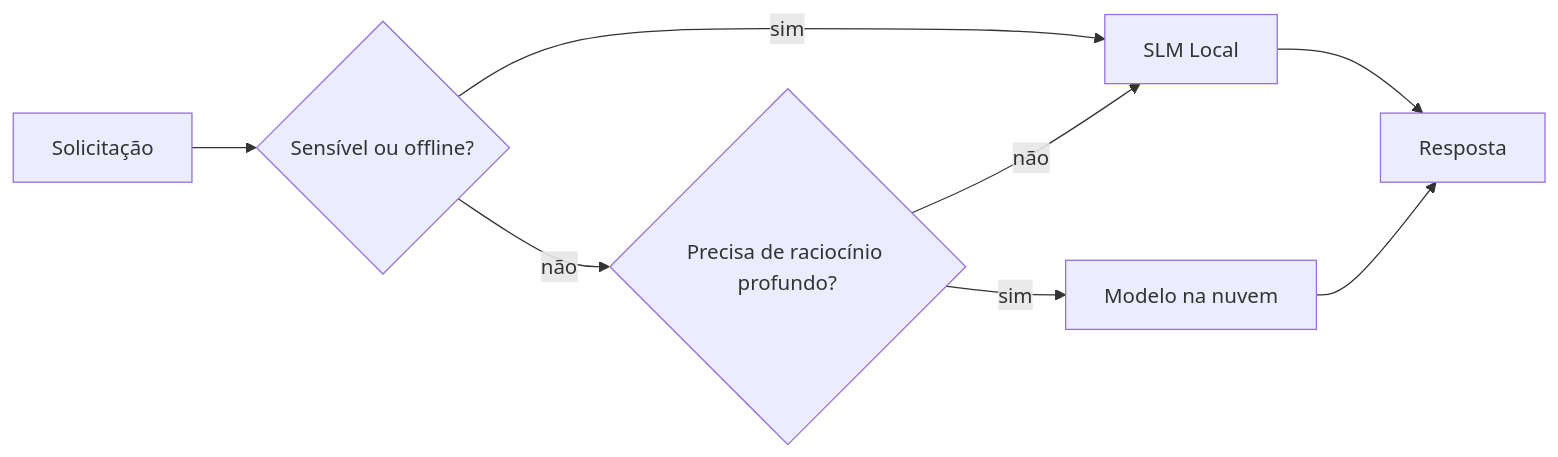
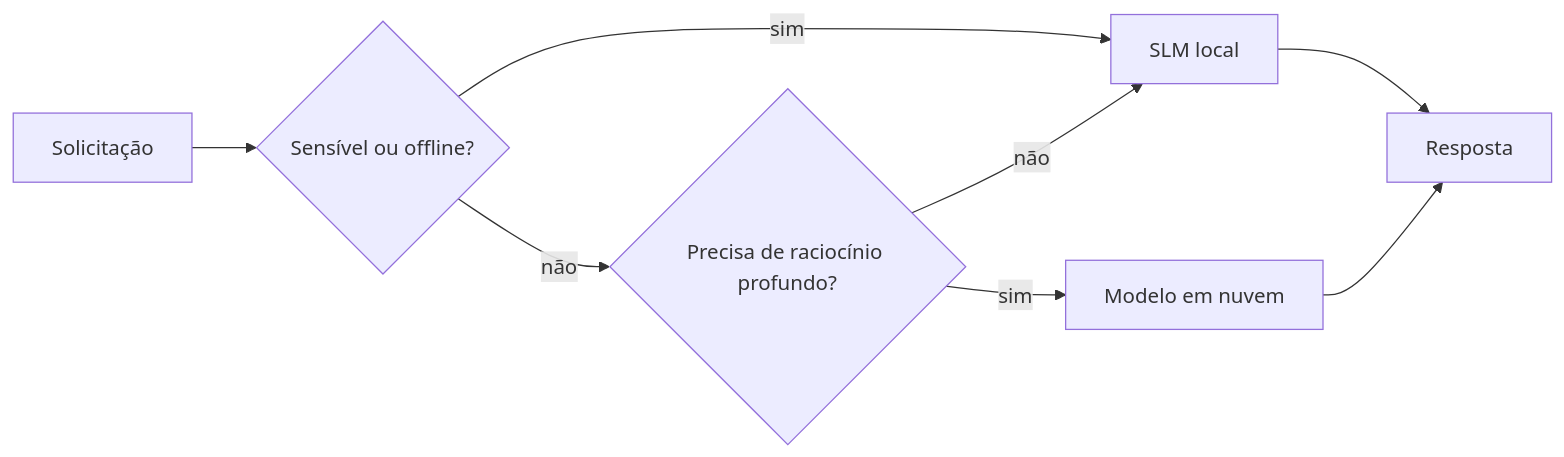
The fourth of 4 diagrams in mirrors/repos/microsoft@ai-agents-for-beginners/translations/pt-BR/17-creating-local-ai-agents/README.md (gabrielmoreira/agent-skills-mirror), drawn with Mermaid before and after one commit. The commit also changed other lines of this file and 4262 other files, not shown here.

````diff
--- a/mirrors/repos/microsoft@ai-agents-for-beginners/translations/pt-BR/17-creating-local-ai-agents/README.md
+++ b/mirrors/repos/microsoft@ai-agents-for-beginners/translations/pt-BR/17-creating-local-ai-agents/README.md
@@ -156,10 +156,10 @@
 ```mermaid
 flowchart LR
     Q[Solicitação] --> S{Sensível ou offline?}
-    S -->|sim| L[SLM Local]
+    S -->|sim| L[SLM local]
     S -->|não| C{Precisa de raciocínio profundo?}
     C -->|não| L
-    C -->|sim| Cloud[Modelo na nuvem]
+    C -->|sim| Cloud[Modelo em nuvem]
     L --> Out[Resposta]
     Cloud --> Out
 ```
````
